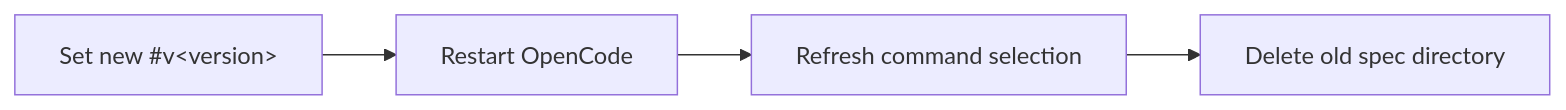
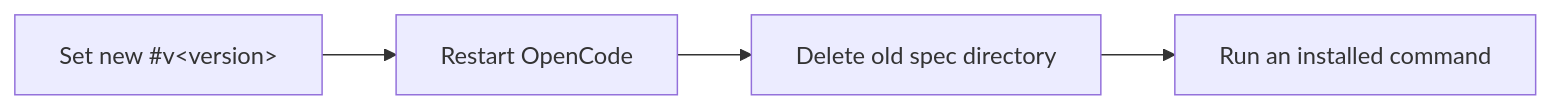
Before and after one commit to windroc-labs/ensemble: the diagram in docs/sessions.md, drawn with Mermaid. The commit also changed other lines of this file and 11 other files, not shown here.

````diff
--- a/docs/sessions.md
+++ b/docs/sessions.md
@@ -202,6 +202,6 @@
 ```mermaid
 flowchart LR
     T[Set new #v&lt;version&gt;] --> R[Restart OpenCode]
-    R --> S[Refresh command selection]
-    S --> D[Delete old spec directory]
+    R --> D[Delete old spec directory]
+    D --> C[Run an installed command]
 ```
````
